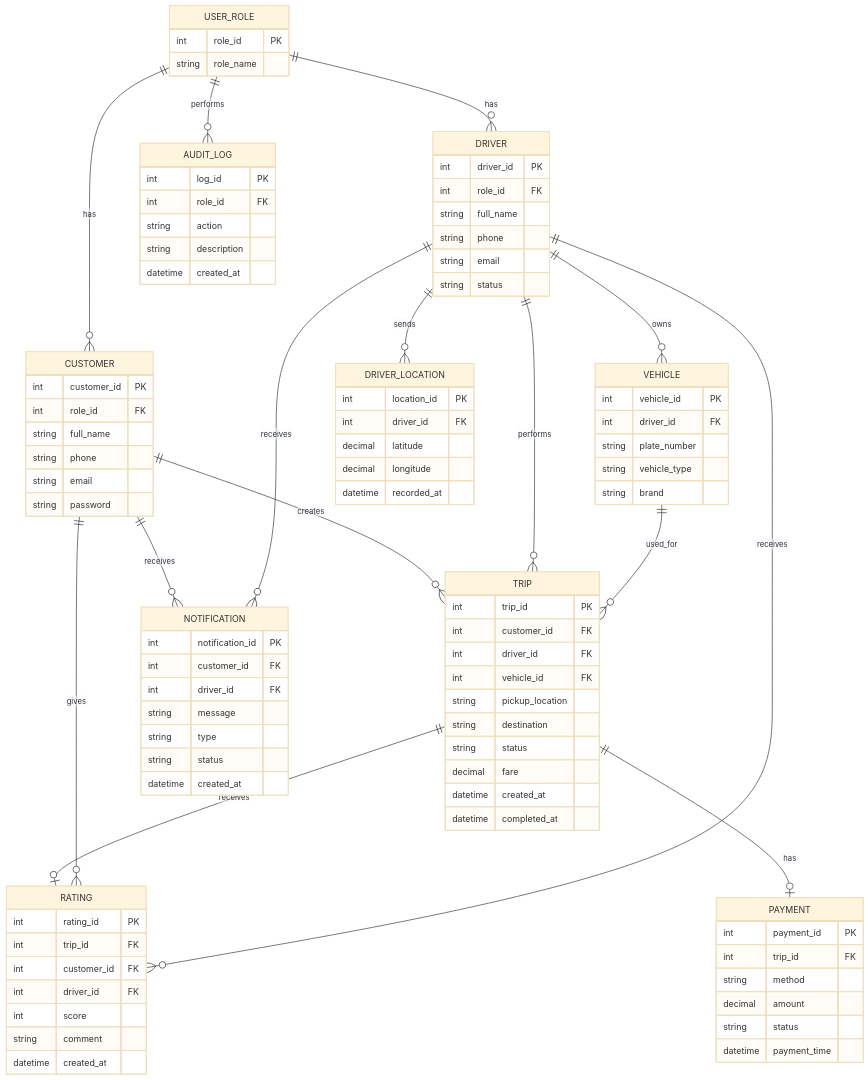
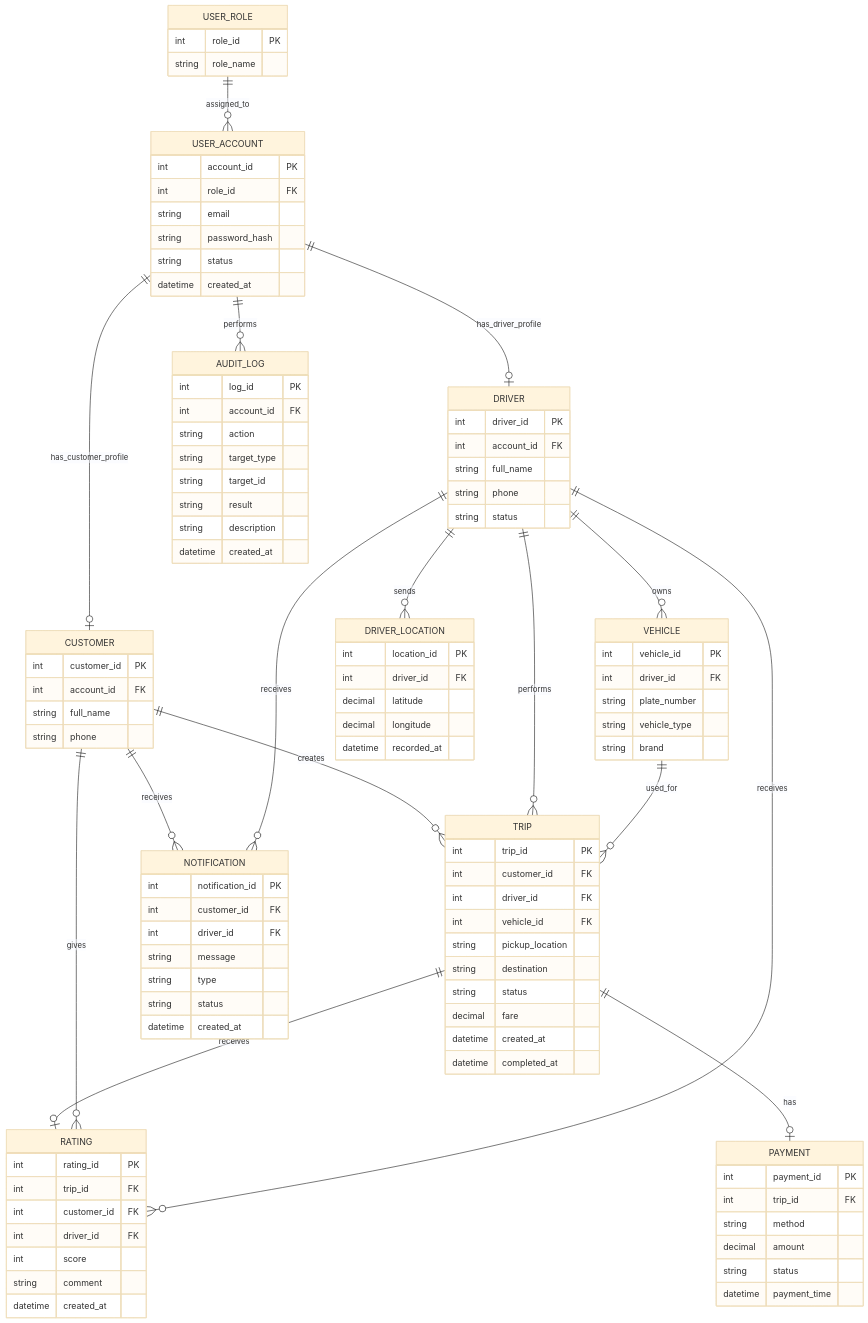
The fourth of 6 diagrams in srs.md (TrinhLoi05/23648141_TrinhDangLoi_Cabsystem), drawn with Mermaid (base theme) before and after one commit. The commit also changed other lines of this file, not shown here.

````diff
--- a/srs.md
+++ b/srs.md
@@ -590,21 +600,27 @@
         string role_name
     }
 
+    USER_ACCOUNT {
+        int account_id PK
+        int role_id FK
+        string email
+        string password_hash
+        string status
+        datetime created_at
+    }
+
     CUSTOMER {
         int customer_id PK
-        int role_id FK
+        int account_id FK
         string full_name
         string phone
-        string email
-        string password
     }
 
     DRIVER {
         int driver_id PK
-        int role_id FK
+        int account_id FK
         string full_name
         string phone
-        string email
         string status
     }
 
@@ -668,16 +684,23 @@
 
     AUDIT_LOG {
         int log_id PK
-        int role_id FK
+        int account_id FK
         string action
+        string target_type
+        string target_id
+        string result
         string description
         datetime created_at
     }
 
-    USER_ROLE ||--o{ CUSTOMER : has
-    USER_ROLE ||--o{ DRIVER : has
+    USER_ROLE ||--o{ USER_ACCOUNT : assigned_to
+
+    USER_ACCOUNT ||--o| CUSTOMER : has_customer_profile
+    USER_ACCOUNT ||--o| DRIVER : has_driver_profile
+    USER_ACCOUNT ||--o{ AUDIT_LOG : performs
 
     DRIVER ||--o{ VEHICLE : owns
+
     CUSTOMER ||--o{ TRIP : creates
     DRIVER ||--o{ TRIP : performs
     VEHICLE ||--o{ TRIP : used_for
@@ -692,6 +715,4 @@
     DRIVER ||--o{ NOTIFICATION : receives
 
     DRIVER ||--o{ DRIVER_LOCATION : sends
-
-    USER_ROLE ||--o{ AUDIT_LOG : performs
 ```
````
